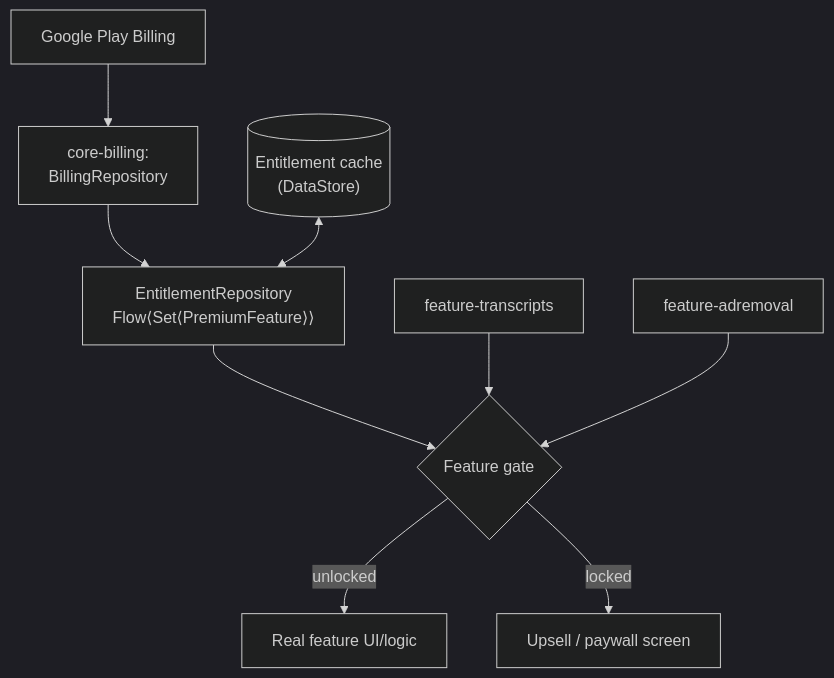
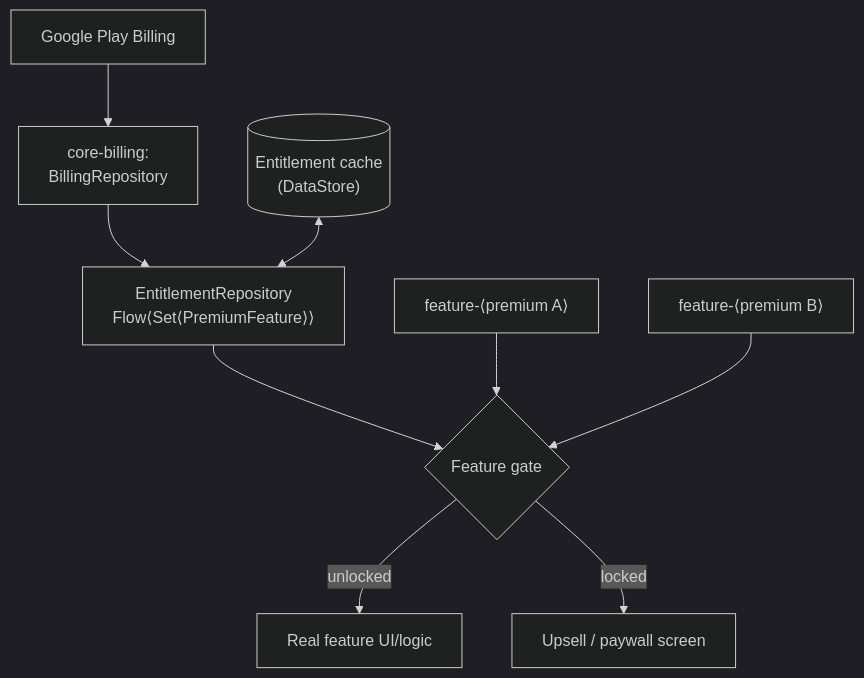
Before and after one commit to ricetim/orator: the sixth of 7 diagrams in docs/architecture.md, drawn with Mermaid (dark theme). The commit also changed other lines of this file, not shown here.

First line of the commit message:
docs: fold 2026-06-09 product decisions into the architecture plan

````diff
--- a/docs/architecture.md
+++ b/docs/architecture.md
@@ -468,11 +489,11 @@
 ```mermaid
 flowchart TD
     PLAY["Google Play Billing"] --> BR["core-billing:<br/>BillingRepository"]
     BR --> ENT["EntitlementRepository<br/>Flow⟨Set⟨PremiumFeature⟩⟩"]
     CACHE[("Entitlement cache<br/>(DataStore)")] <--> ENT
     ENT --> GATE{"Feature gate"}
     GATE -->|unlocked| REAL["Real feature UI/logic"]
     GATE -->|locked| UPSELL["Upsell / paywall screen"]
-    FT["feature-transcripts"] --> GATE
-    FA["feature-adremoval"] --> GATE
+    FT["feature-⟨premium A⟩"] --> GATE
+    FA["feature-⟨premium B⟩"] --> GATE
 ```
````
